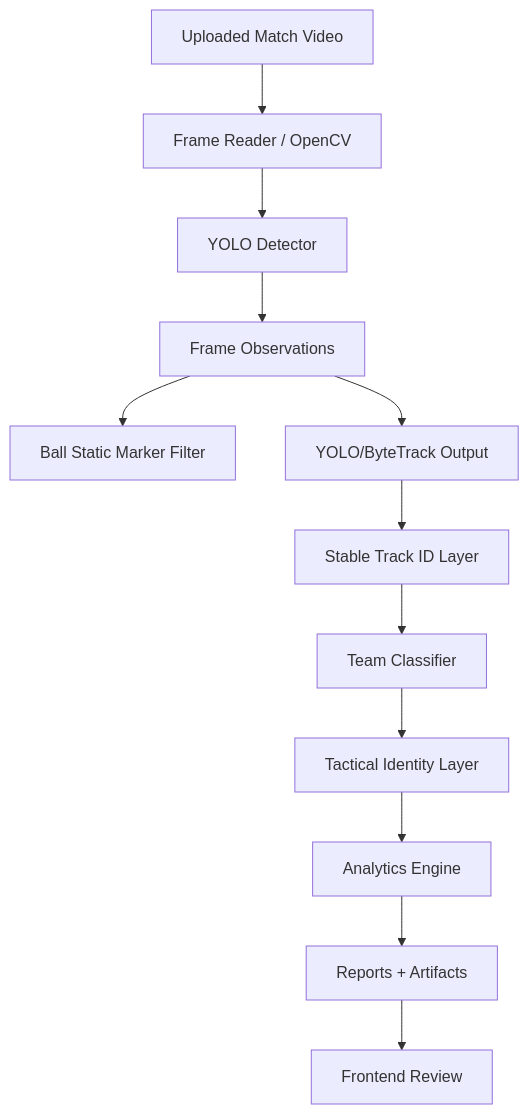
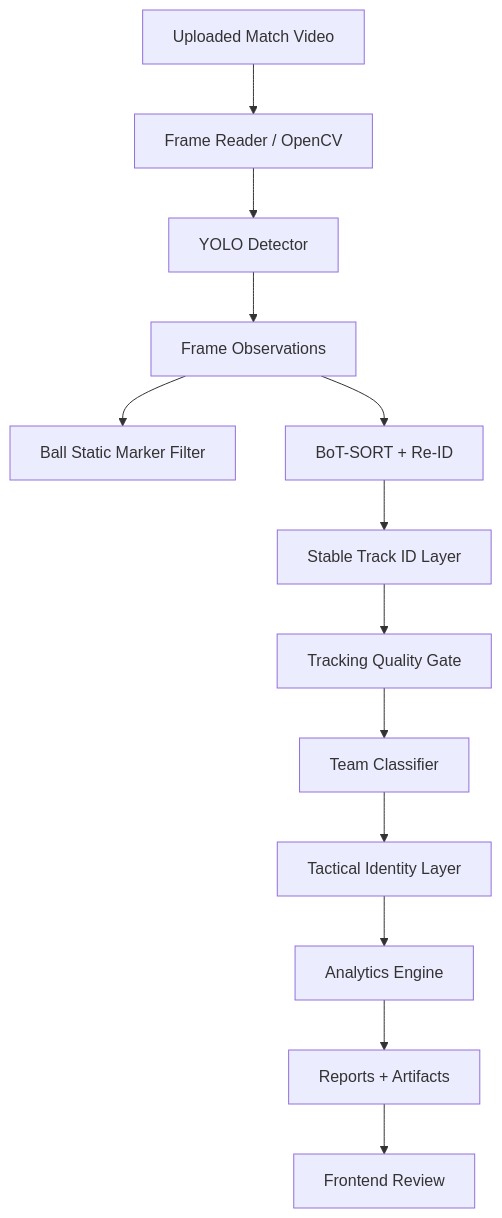
The third of 7 diagrams in README.md (ahmedalbanna7/football-intelligence-platform), drawn with Mermaid before and after one commit. The commit also changed other lines of this file and 18 other files, not shown here.

Commit message:
feat: add tracking quality gate and review workflow

````diff
--- a/README.md
+++ b/README.md
@@ -85,14 +88,15 @@
 ```mermaid
 flowchart TD
     Video["Uploaded Match Video"] --> FrameRead["Frame Reader / OpenCV"]
     FrameRead --> Detector["YOLO Detector"]
     Detector --> RawObjects["Frame Observations"]
     RawObjects --> BallFilter["Ball Static Marker Filter"]
-    RawObjects --> Tracker["YOLO/ByteTrack Output"]
+    RawObjects --> Tracker["BoT-SORT + Re-ID"]
     Tracker --> Stabilizer["Stable Track ID Layer"]
-    Stabilizer --> TeamClassifier["Team Classifier"]
+    Stabilizer --> QualityGate["Tracking Quality Gate"]
+    QualityGate --> TeamClassifier["Team Classifier"]
     TeamClassifier --> TacticalIdentity["Tactical Identity Layer"]
     TacticalIdentity --> Analytics["Analytics Engine"]
     Analytics --> Reports["Reports + Artifacts"]
     Reports --> Dashboard["Frontend Review"]
 ```
````
